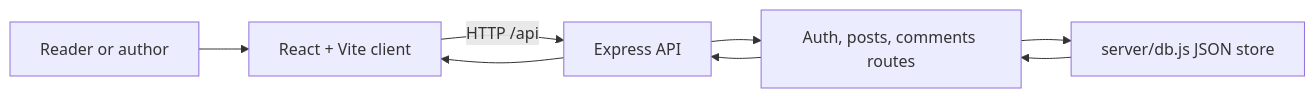
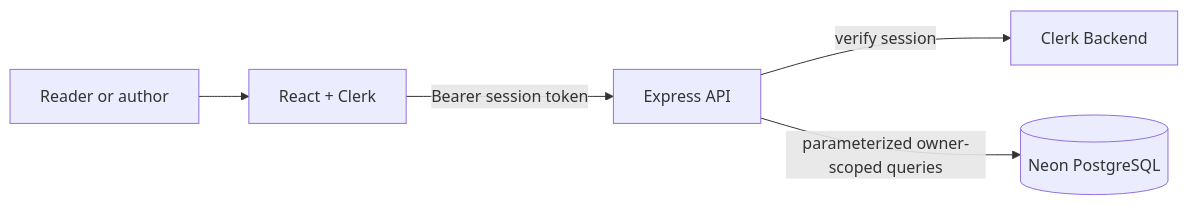
Before and after one commit to kalyan870/blog-platform: the diagram in README.md, drawn with Mermaid. The commit also changed other lines of this file and 22 other files, not shown here.

Commit message:
Migrate blog auth and storage to Clerk and Neon

````diff
--- a/README.md
+++ b/README.md
@@ -13,8 +7,7 @@
 ```mermaid
 flowchart LR
-  U[Reader or author] --> C[React + Vite client]
-  C -->|HTTP /api| A[Express API]
-  A --> R[Auth, posts, comments routes]
-  R --> D[server/db.js JSON store]
-  D --> R --> A --> C
+  U[Reader or author] --> W[React + Clerk]
+  W -->|Bearer session token| A[Express API]
+  A -->|verify session| C[Clerk Backend]
+  A -->|parameterized owner-scoped queries| N[(Neon PostgreSQL)]
 ```
````
